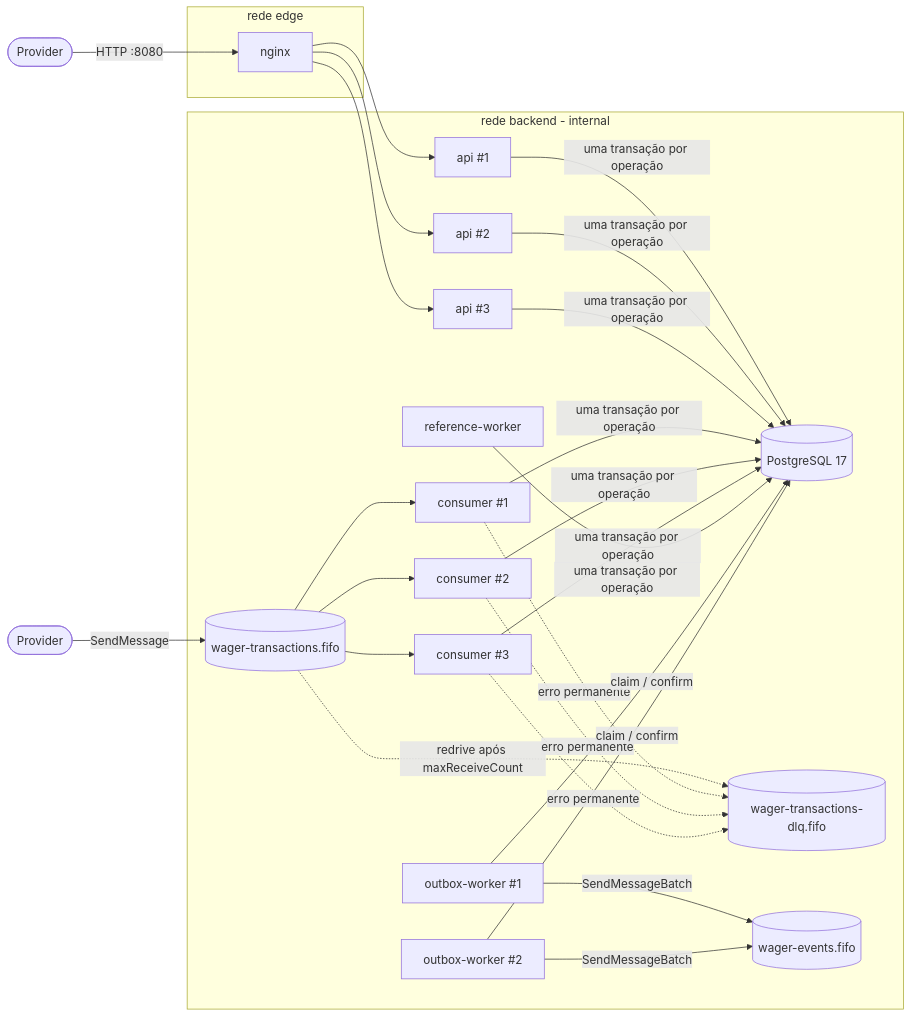
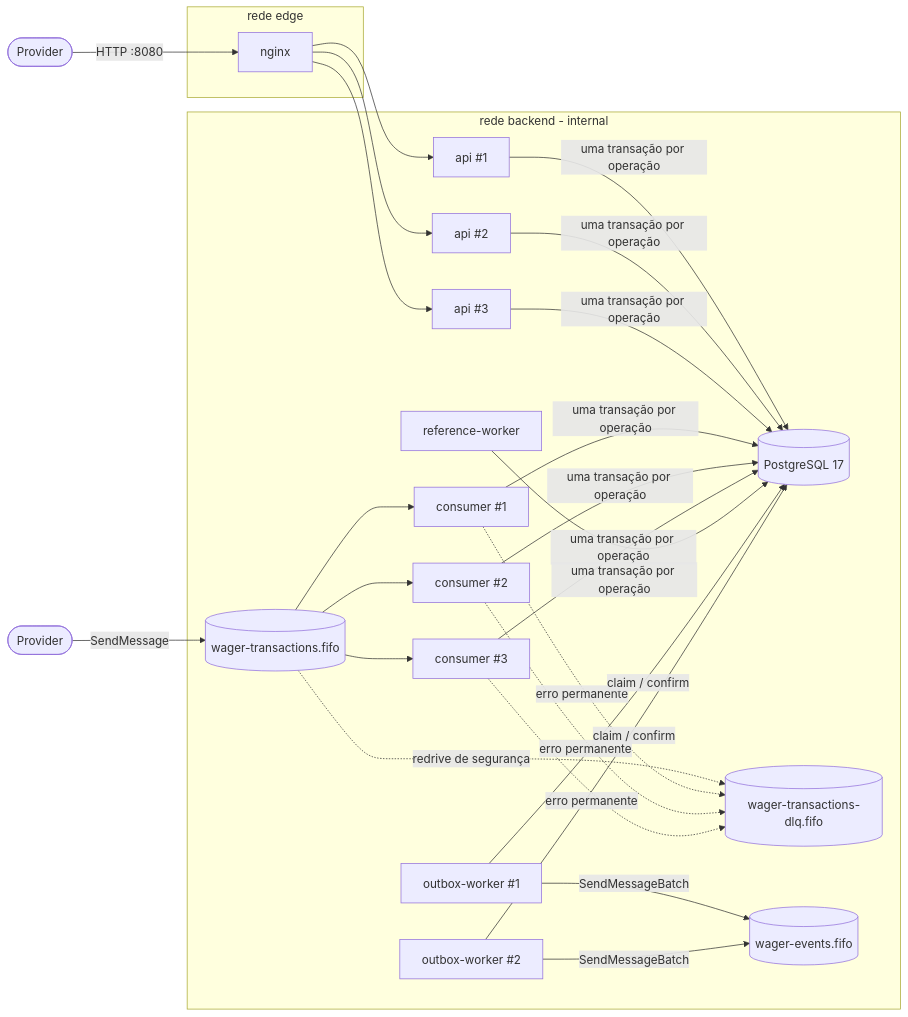
One commit to DanielnetoDotCom/jungle-wagering-processor changed the first of 8 diagrams in ARCHITECTURE.md. Above: the diagram before and after it, drawn with Mermaid. The commit also changed other lines of this file and 18 other files, not shown here.

````diff
--- a/ARCHITECTURE.md
+++ b/ARCHITECTURE.md
@@ -24,30 +24,30 @@
 ```mermaid
 flowchart LR
     client([Provider]) -->|HTTP :8080| nginx
     producer([Provider]) -->|SendMessage| q[(wager-transactions.fifo)]
     subgraph edge[rede edge]
         nginx
     end
     subgraph backend[rede backend - internal]
         api1[api #1]
         api2[api #2]
         api3[api #3]
         c1[consumer #1]
         c2[consumer #2]
         c3[consumer #3]
         o1[outbox-worker #1]
         o2[outbox-worker #2]
         r1[reference-worker]
         pg[(PostgreSQL 17)]
         q
         dlq[(wager-transactions-dlq.fifo)]
         ev[(wager-events.fifo)]
     end
     nginx --> api1 & api2 & api3
     q --> c1 & c2 & c3
-    q -. redrive após maxReceiveCount .-> dlq
+    q -. redrive de segurança .-> dlq
     c1 & c2 & c3 -. erro permanente .-> dlq
     api1 & api2 & api3 & c1 & c2 & c3 & r1 -->|uma transação por operação| pg
     o1 & o2 -->|claim / confirm| pg
     o1 & o2 -->|SendMessageBatch| ev
 ```
````
